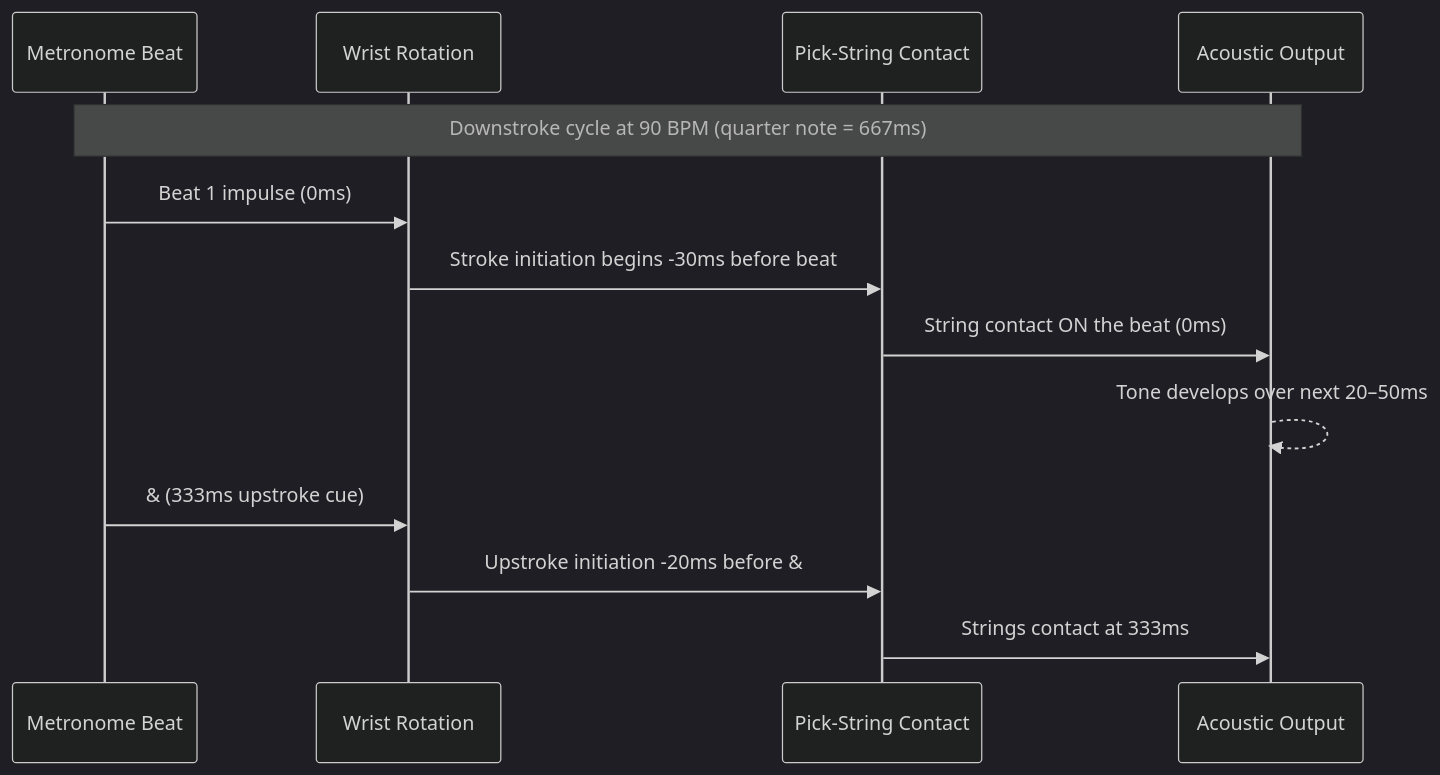
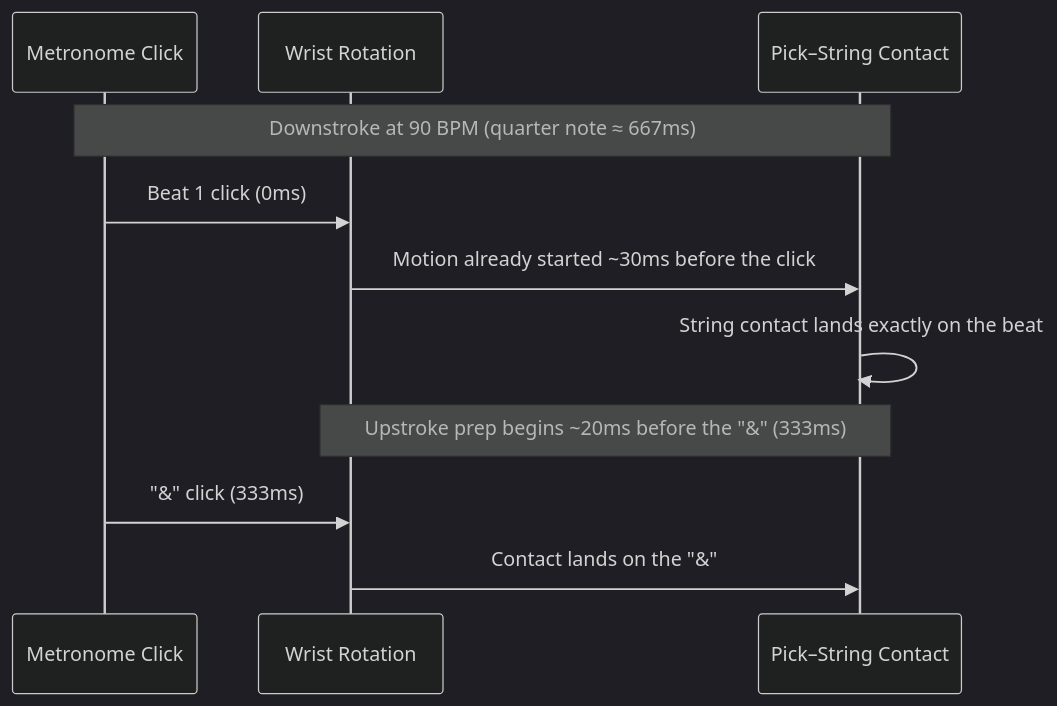
Before and after one commit to blebleblee/synapse: the second of 6 diagrams in topics/arts/music_performance/acoustic_guitar/lesson_02_chords_and_strumming.md, drawn with Mermaid (dark theme). The commit also changed other lines of this file and 4 other files, not shown here.

````diff
--- a/topics/arts/music_performance/acoustic_guitar/lesson_02_chords_and_strumming.md
+++ b/topics/arts/music_performance/acoustic_guitar/lesson_02_chords_and_strumming.md
@@ -374,18 +329,14 @@
 ```mermaid
 sequenceDiagram
-    participant Beat as Metronome Beat
-    participant WR as Wrist Rotation
-    participant Pick as Pick-String Contact
-    participant Sound as Acoustic Output
+    participant Beat as Metronome Click
+    participant Wrist as Wrist Rotation
+    participant Pick as Pick–String Contact
 
-    Note over Beat,Sound: Downstroke cycle at 90 BPM (quarter note = 667ms)
-
-    Beat->>WR: Beat 1 impulse (0ms)
-    WR->>Pick: Stroke initiation begins -30ms before beat
-    Pick->>Sound: String contact ON the beat (0ms)
-    Sound-->>Sound: Tone develops over next 20–50ms
-
-    Beat->>WR: & (333ms upstroke cue)
-    WR->>Pick: Upstroke initiation -20ms before &
-    Pick->>Sound: Strings contact at 333ms
+    Note over Beat,Pick: Downstroke at 90 BPM (quarter note ≈ 667ms)
+    Beat->>Wrist: Beat 1 click (0ms)
+    Wrist->>Pick: Motion already started ~30ms before the click
+    Pick->>Pick: String contact lands exactly on the beat
+    Note over Wrist,Pick: Upstroke prep begins ~20ms before the "&" (333ms)
+    Beat->>Wrist: "&" click (333ms)
+    Wrist->>Pick: Contact lands on the "&"
 ```
````
